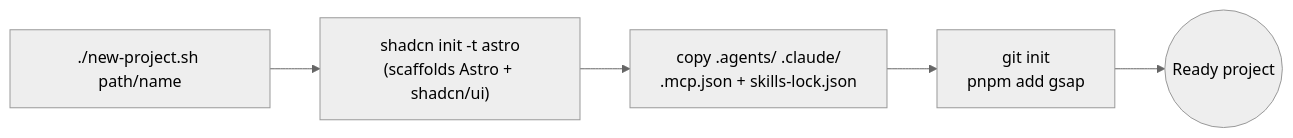
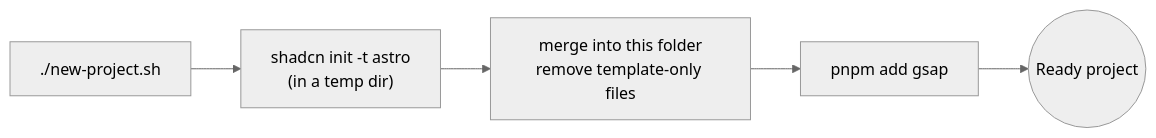
The diagram in README.md (OmarCaja/astro-shadcn-claude-starter), drawn with Mermaid (neutral theme) before and after one commit. The commit also changed other lines of this file and 1 other file, not shown here.

Commit message:
Updated to be a GitHub repo tamplate

````diff
--- a/README.md
+++ b/README.md
@@ -44,7 +43,7 @@
 ```mermaid
 flowchart LR
-    A["./new-project.sh path/name"] --> B["shadcn init -t astro\n(scaffolds Astro + shadcn/ui)"]
-    B --> C["copy .agents/ .claude/\n.mcp.json + skills-lock.json"]
-    C --> D["git init\npnpm add gsap"]
+    A["./new-project.sh"] --> B["shadcn init -t astro\n(in a temp dir)"]
+    B --> C["merge into this folder\nremove template-only files"]
+    C --> D["pnpm add gsap"]
     D --> E(("Ready project"))
 ```
````
